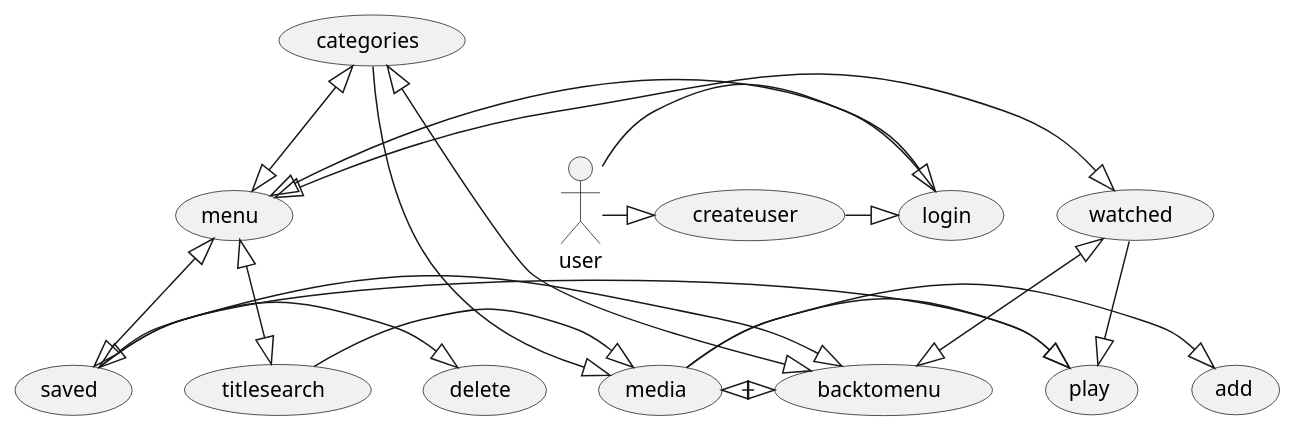
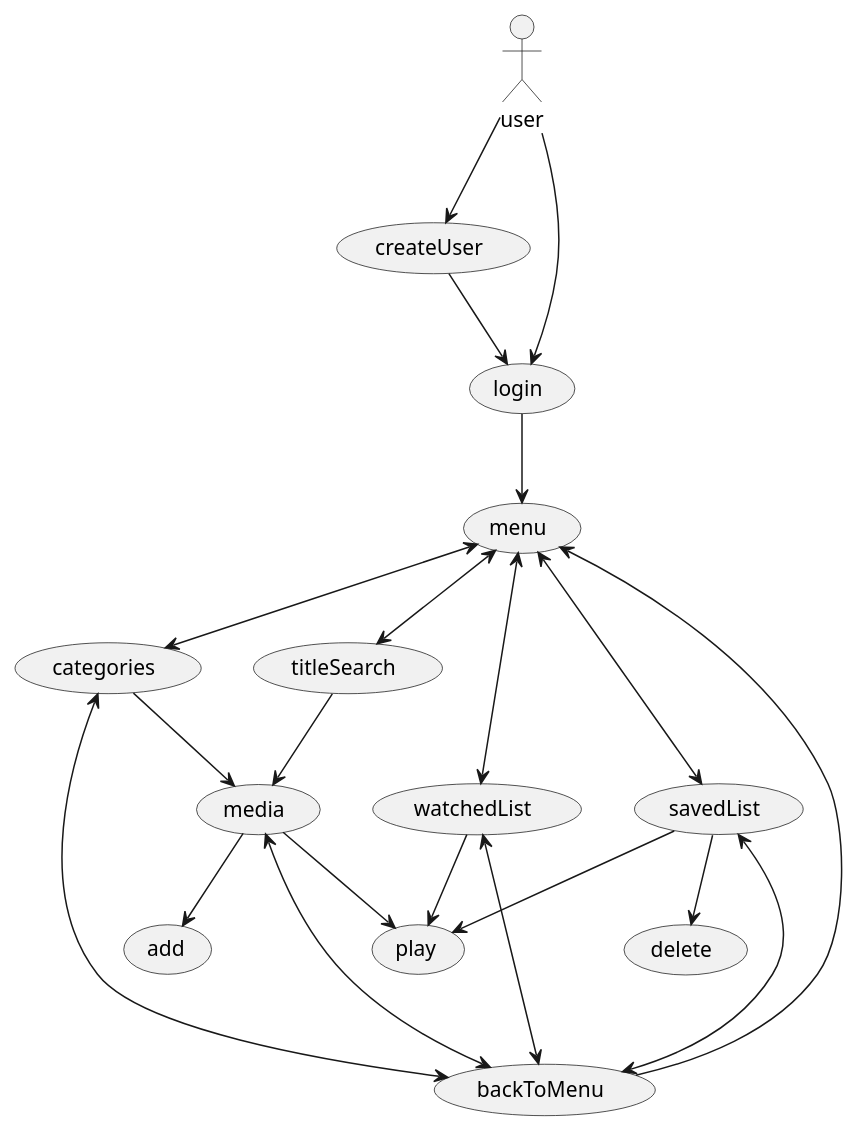
Before and after one commit to mrPrimeBeef/Sem1-Project-MovieStream: the diagram in Doc/dynamic/UseCases.puml, drawn with PlantUML.

Commit message:
Usecases

```diff
--- a/Doc/dynamic/UseCases.puml
+++ b/Doc/dynamic/UseCases.puml
@@ -1,48 +1,49 @@
 @startuml
 'https://plantuml.com/use-case-diagram
 
 actor user
 
-usecase createuser
+usecase createUser
 usecase login
 usecase menu
 usecase categories
-usecase titlesearch
-usecase watched
-usecase saved
+usecase titleSearch
+usecase watchedList
+usecase savedList
 usecase add
 usecase play
 usecase delete
-usecase backtomenu
+usecase backToMenu
 usecase media
 
 top to bottom direction
-user -|> createuser
-user -|> login
+user --> createUser
+user --> login
 
-createuser -|> login
+createUser --> login
 
-login -|> menu
+login --> menu
 
-menu <|-left-|> watched
-menu <|-right-|> saved
-menu <|-up-|> categories
-menu <|-down-|> titlesearch
+menu <--> watchedList
+menu <--> savedList
+menu <--> categories
+menu <--> titleSearch
 
-titlesearch -|> media
+titleSearch --> media
 
-media -|> play
-media -|> add
-media <|-|> backtomenu
+media --> play
+media --> add
+media <---> backToMenu
 
-saved -|> delete
-saved -|> play
-saved <|-|> backtomenu
+savedList --> delete
+savedList --> play
+savedList <---> backToMenu
 
-watched <|-|> backtomenu
-watched -|> play
+watchedList <---> backToMenu
+watchedList --> play
 
-categories <|-|> backtomenu
-categories -|> media
+categories <---> backToMenu
+categories --> media
 
+backToMenu --> menu
 @enduml
```
